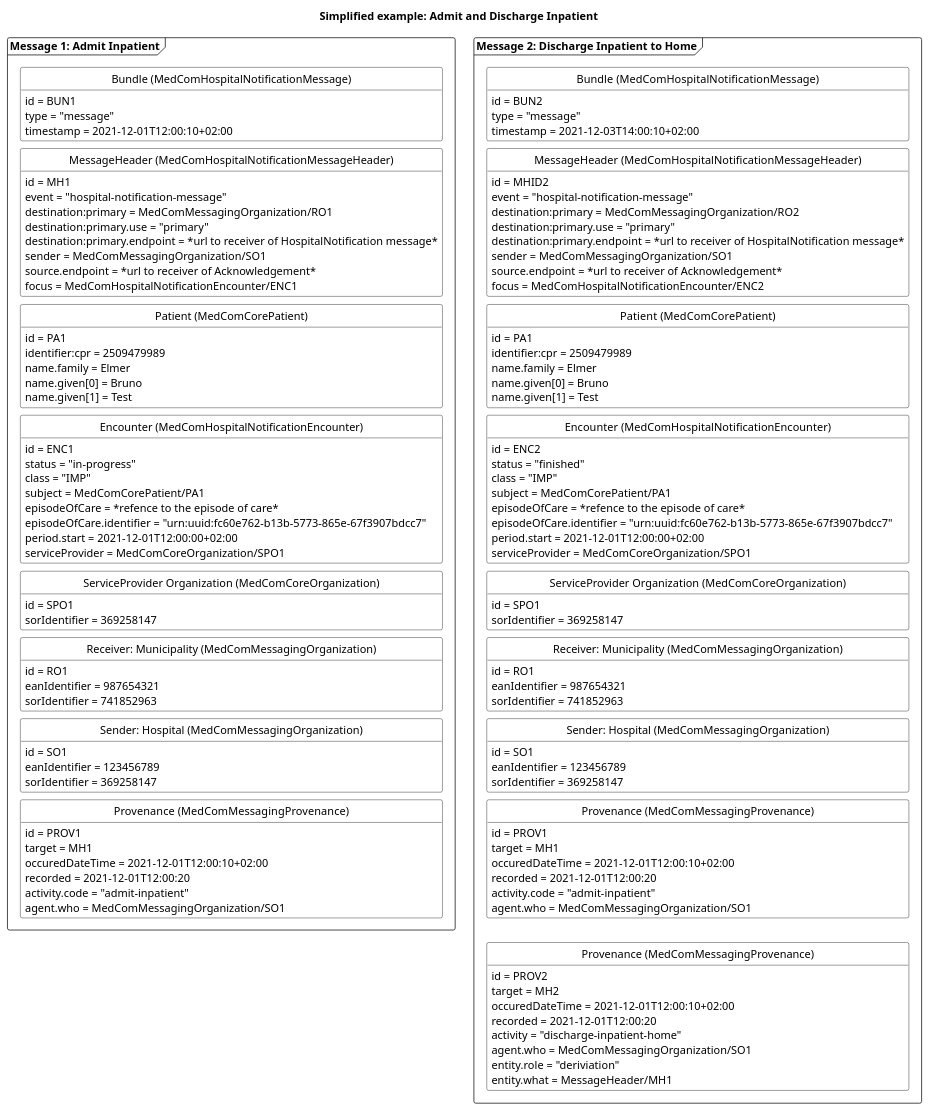
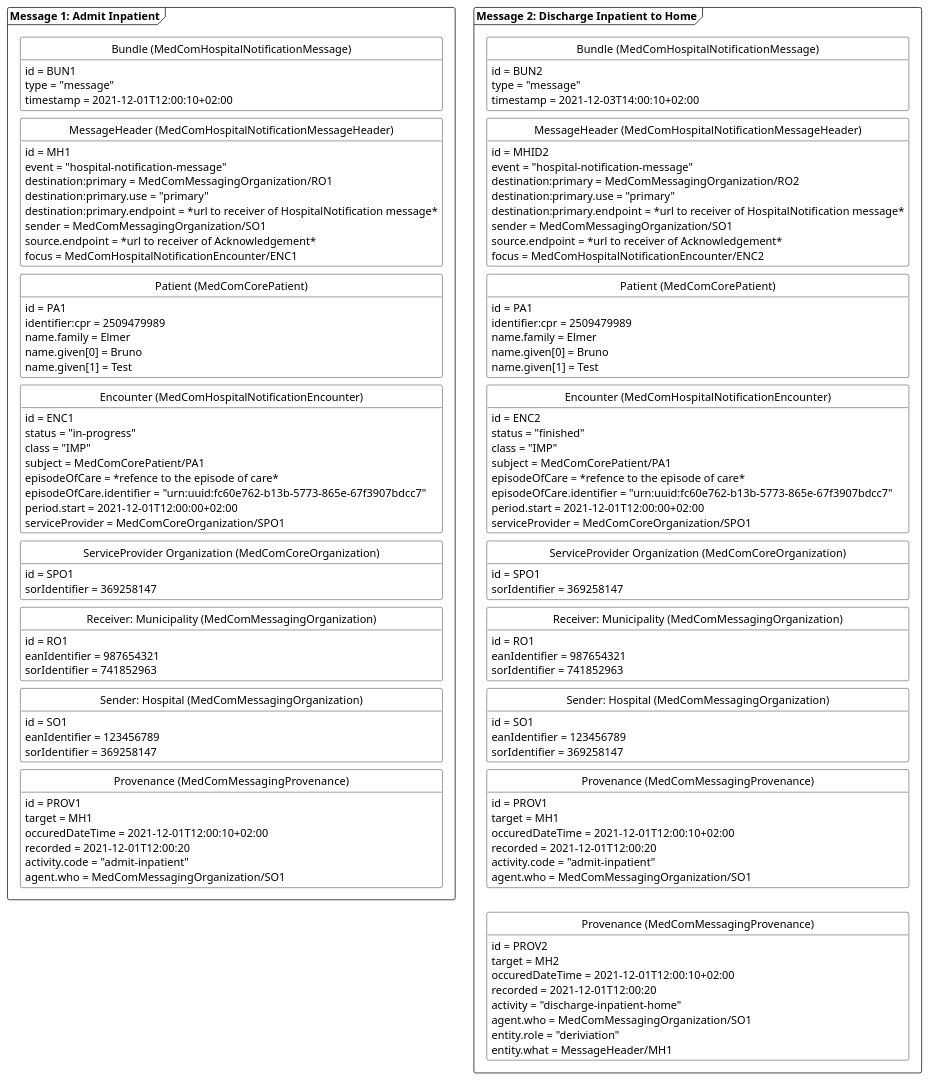
One commit to medcomdk/dk-medcom-hospitalnotification changed the diagram in puml/HospitalNotificationAdmitFinish.puml. Above: the diagram before and after it, drawn with PlantUML.

Commit message:
replaced image

```diff
--- a/puml/HospitalNotificationAdmitFinish.puml
+++ b/puml/HospitalNotificationAdmitFinish.puml
@@ -1,165 +1,165 @@
 @startuml HNAdmitFinish
 
 'layout
 skinparam class {
     BackgroundColor White
     BorderColor Black
     ArrowColor Black
   }
 hide circle
 hide empty members
 skinparam SameClassWidth true
 skinparam Ranksep 10
 
 
 'title
-title Simplified example: Admit and Discharge Inpatient
+'title Simplified example: Admit and Discharge Inpatient
 
 'Message 1: Admit inpatient
 package "Message 1: Admit Inpatient" as admit <<Frame>>{
     class "Bundle (MedComHospitalNotificationMessage)" as admitB{
         id = BUN1
         type = "message"
         timestamp = 2021-12-01T12:00:10+02:00
     }
     class "MessageHeader (MedComHospitalNotificationMessageHeader)" as admitMH{
         id = MH1
         event = "hospital-notification-message"
         destination:primary = MedComMessagingOrganization/RO1
         destination:primary.use = "primary"
         destination:primary.endpoint = *url to receiver of HospitalNotification message*
         sender = MedComMessagingOrganization/SO1
         source.endpoint = *url to receiver of Acknowledgement*
         focus = MedComHospitalNotificationEncounter/ENC1
     }
     class "Patient (MedComCorePatient)" as admitPT{
         id = PA1
         identifier:cpr = 2509479989
         name.family = Elmer
         name.given[0] = Bruno
         name.given[1] = Test
     }
     class "Encounter (MedComHospitalNotificationEncounter)" as admitENC{
         id = ENC1
         status = "in-progress"
         class = "IMP"
         subject = MedComCorePatient/PA1
         episodeOfCare = *refence to the episode of care*
         episodeOfCare.identifier = "urn:uuid:fc60e762-b13b-5773-865e-67f3907bdcc7"
         period.start = 2021-12-01T12:00:00+02:00
         serviceProvider = MedComCoreOrganization/SPO1
     }    
     class "ServiceProvider Organization (MedComCoreOrganization)" as admitSPOrg{
         id = SPO1
         sorIdentifier = 369258147
     }
     class "Receiver: Municipality (MedComMessagingOrganization)" as admitROrg{
         id = RO1
         eanIdentifier = 987654321
         sorIdentifier = 741852963
     }
     class "Sender: Hospital (MedComMessagingOrganization)" as admitSOrg{
         id = SO1
         eanIdentifier = 123456789
         sorIdentifier = 369258147
     }
     class "Provenance  (MedComMessagingProvenance)" as admitPRO{
         id = PROV1
         target = MH1
         occuredDateTime = 2021-12-01T12:00:10+02:00
         recorded = 2021-12-01T12:00:20
         activity.code = "admit-inpatient"
         agent.who = MedComMessagingOrganization/SO1
     }
 
 admitB -[hidden]- admitMH
 admitMH-[hidden]-admitPT
 admitPT-[hidden]-admitENC
 admitENC-[hidden]-admitSPOrg
 admitSPOrg-[hidden]-admitROrg
 admitROrg-[hidden]-admitSOrg
 admitSOrg-[hidden]-admitPRO
 }
 
 'Message 2: Finished inpatient
 package "Message 2: Discharge Inpatient to Home" as finished <<Frame>>{
     class "Bundle  (MedComHospitalNotificationMessage)" as finishedB{
         id = BUN2
         type = "message"
         timestamp = 2021-12-03T14:00:10+02:00
     }
     class "MessageHeader  (MedComHospitalNotificationMessageHeader)" as finishedMH{
         id = MHID2
         event = "hospital-notification-message"
         destination:primary = MedComMessagingOrganization/RO2
         destination:primary.use = "primary"
         destination:primary.endpoint = *url to receiver of HospitalNotification message*
         sender = MedComMessagingOrganization/SO1
         source.endpoint = *url to receiver of Acknowledgement*
         focus = MedComHospitalNotificationEncounter/ENC2
     }
     class "Patient  (MedComCorePatient)" as finishedPT{
         id = PA1
         identifier:cpr = 2509479989
         name.family = Elmer
         name.given[0] = Bruno
         name.given[1] = Test
     }
     class "Encounter  (MedComHospitalNotificationEncounter)" as finishedENC{
         id = ENC2
         status = "finished"
         class = "IMP"
         subject = MedComCorePatient/PA1
         episodeOfCare = *refence to the episode of care*
         episodeOfCare.identifier = "urn:uuid:fc60e762-b13b-5773-865e-67f3907bdcc7"
         period.start = 2021-12-01T12:00:00+02:00
         serviceProvider = MedComCoreOrganization/SPO1
     }
     class "ServiceProvider Organization (MedComCoreOrganization)" as finishedSPOrg{
         id = SPO1 
         sorIdentifier = 369258147
     }    
     class "Receiver: Municipality (MedComMessagingOrganization)" as finishedROrg{
         id = RO1
         eanIdentifier = 987654321
         sorIdentifier = 741852963
     }
     class "Sender: Hospital (MedComMessagingOrganization)" as finishedSOrg{
         id = SO1
         eanIdentifier = 123456789
         sorIdentifier = 369258147
     }    
     class "Provenance (MedComMessagingProvenance)" as admitfinishedPRO{
         id = PROV1
         target = MH1
         occuredDateTime = 2021-12-01T12:00:10+02:00
         recorded = 2021-12-01T12:00:20
         activity.code = "admit-inpatient"
         agent.who = MedComMessagingOrganization/SO1
     }
     class "Provenance (MedComMessagingProvenance)" as finishedPRO{
         id = PROV2        
         target = MH2
         occuredDateTime = 2021-12-01T12:00:10+02:00
         recorded = 2021-12-01T12:00:20
         activity = "discharge-inpatient-home"
         agent.who = MedComMessagingOrganization/SO1
         entity.role = "deriviation"
         entity.what = MessageHeader/MH1
     }
 finishedB-[hidden]-finishedMH
 finishedMH-[hidden]-finishedPT
 finishedPT-[hidden]-finishedENC
 finishedENC-[hidden]-finishedSPOrg
 finishedSPOrg-[hidden]-finishedROrg
 finishedROrg-[hidden]-finishedSOrg
 finishedSOrg-[hidden]-admitfinishedPRO
 admitfinishedPRO-[hidden]-finishedPRO
 
 }
 
 ' pile mellem de to beskeder
 ' admit --> finished
 
 
 @enduml
```
